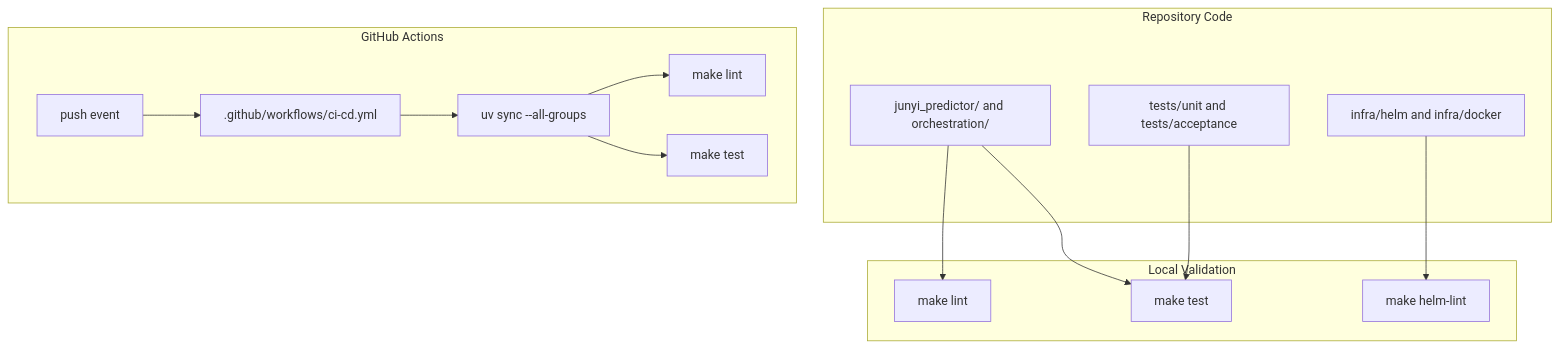
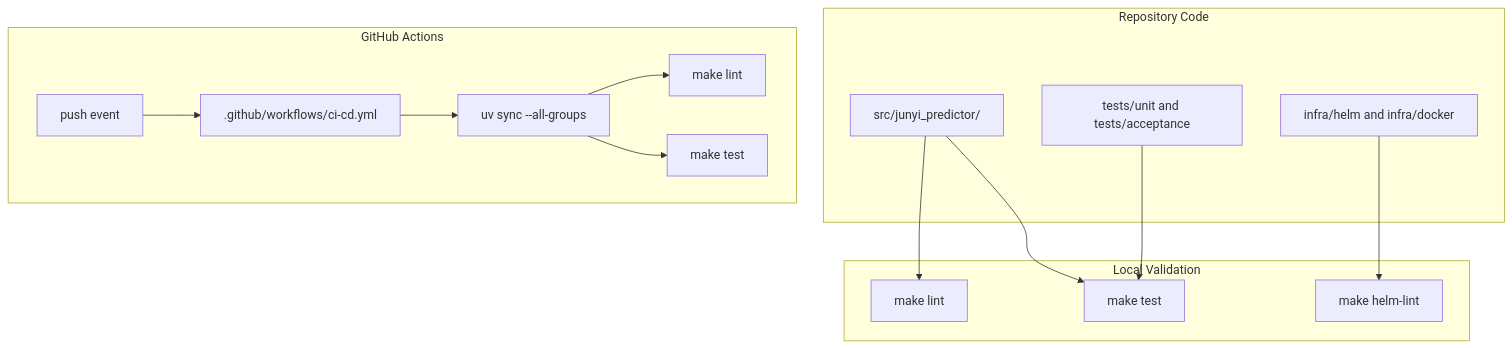
Before and after one commit to linhsinp/junyi-online-learning-prediction: the diagram in docs/quality-and-delivery.md, drawn with Mermaid. The commit also changed 83 other files, not shown here.

````diff
--- a/docs/quality-and-delivery.md
+++ b/docs/quality-and-delivery.md
@@ -3,32 +3,32 @@
 ```mermaid
 flowchart TD
     subgraph Code[Repository Code]
-        APP[junyi_predictor/ and orchestration/]
+        APP[src/junyi_predictor/]
         TESTS[tests/unit and tests/acceptance]
         INFRA[infra/helm and infra/docker]
     end
 
     subgraph Local[Local Validation]
         LINT[make lint]
         PYTEST[make test]
         HELMLINT[make helm-lint]
     end
 
     subgraph CI[GitHub Actions]
         PUSH[push event]
         WORKFLOW[.github/workflows/ci-cd.yml]
         UV[uv sync --all-groups]
         CILINT[make lint]
         CITEST[make test]
     end
 
     APP --> LINT
     APP --> PYTEST
     INFRA --> HELMLINT
     TESTS --> PYTEST
 
     PUSH --> WORKFLOW
     WORKFLOW --> UV
     UV --> CILINT
     UV --> CITEST
 ```
````
